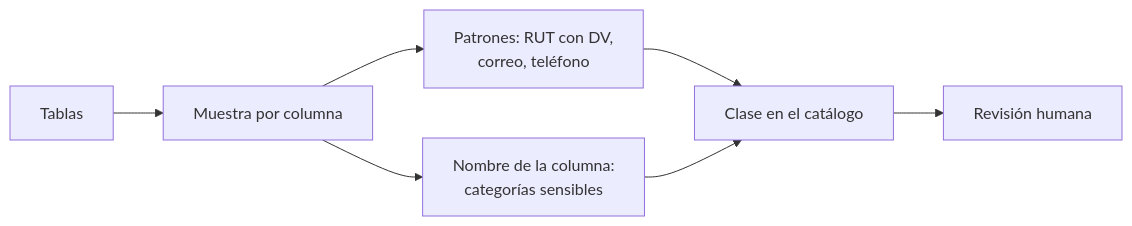
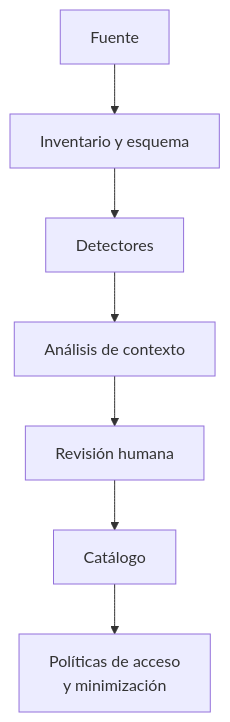
Before and after one commit to fcp4891/de-knowledge-hub: the diagram in content/concepts/pii-identification.md, drawn with Mermaid. The commit also changed other lines of this file and 1 other file, not shown here.

First line of the commit message:
pii-identification: mejora de contenido con tres niveles de lectura

````diff
--- a/content/concepts/pii-identification.md
+++ b/content/concepts/pii-identification.md
@@ -149,9 +164,9 @@
 ```mermaid
-flowchart LR
-  T["Tablas"] --> M["Muestra por columna"]
-  M --> P["Patrones: RUT con DV,<br/>correo, teléfono"]
-  M --> N["Nombre de la columna:<br/>categorías sensibles"]
-  P --> C["Clase en el catálogo"]
-  N --> C
-  C --> H["Revisión humana"]
+flowchart TB
+  F["Fuente"] --> I["Inventario y esquema"]
+  I --> D["Detectores"]
+  D --> X["Análisis de contexto"]
+  X --> R["Revisión humana"]
+  R --> C["Catálogo"]
+  C --> P["Políticas de acceso<br/>y minimización"]
 ```
````
